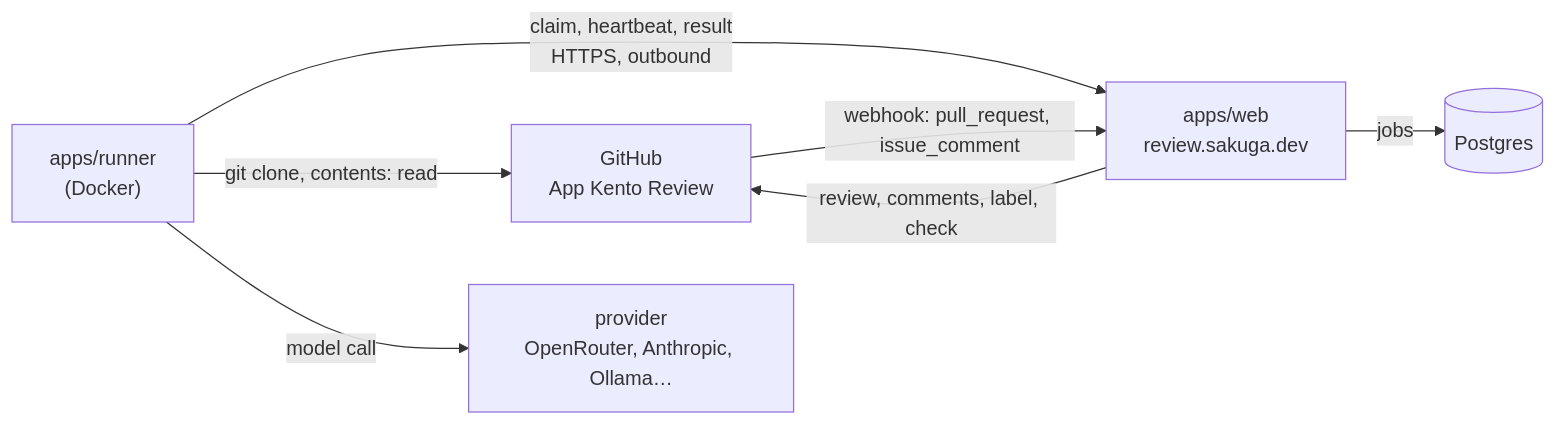
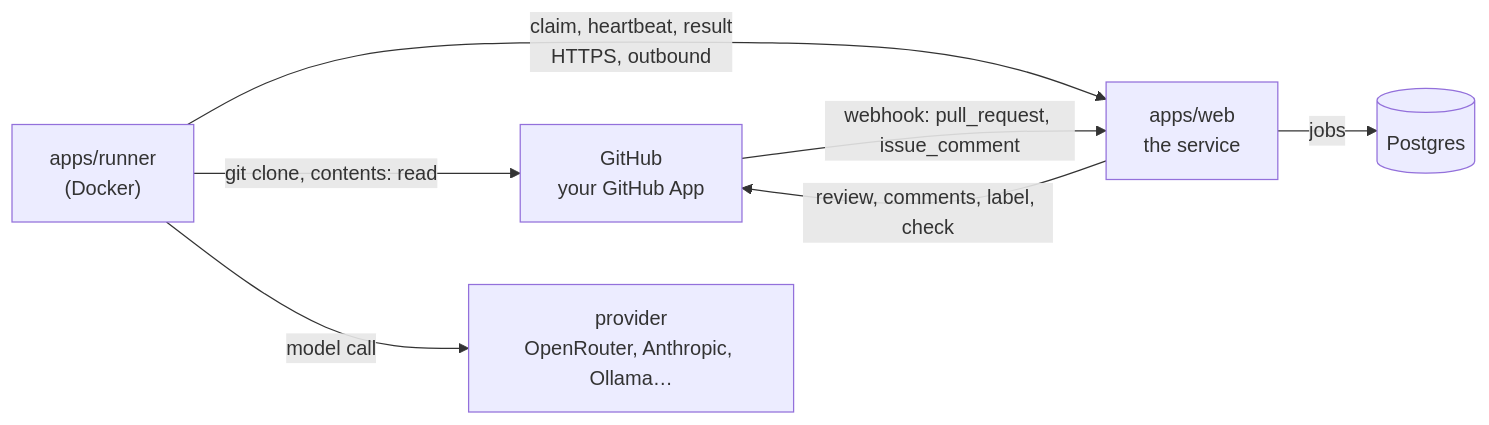
Before and after one commit to sakuga-software/kento: the diagram in README.md, drawn with Mermaid. The commit also changed other lines of this file and 49 other files, not shown here.

````diff
--- a/README.md
+++ b/README.md
@@ -14,9 +16,9 @@
 ```mermaid
 flowchart LR
-  GH["GitHub<br/>App Kento Review"] -- "webhook: pull_request, issue_comment" --> W["apps/web<br/>review.sakuga.dev"]
+  GH["GitHub<br/>your GitHub App"] -- "webhook: pull_request, issue_comment" --> W["apps/web<br/>the service"]
   W -- "jobs" --> DB[("Postgres")]
   R["apps/runner<br/>(Docker)"] -- "claim, heartbeat, result<br/>HTTPS, outbound" --> W
   R -- "git clone, contents: read" --> GH
   R -- "model call" --> P["provider<br/>OpenRouter, Anthropic, Ollama…"]
   W -- "review, comments, label, check" --> GH
 ```
````
